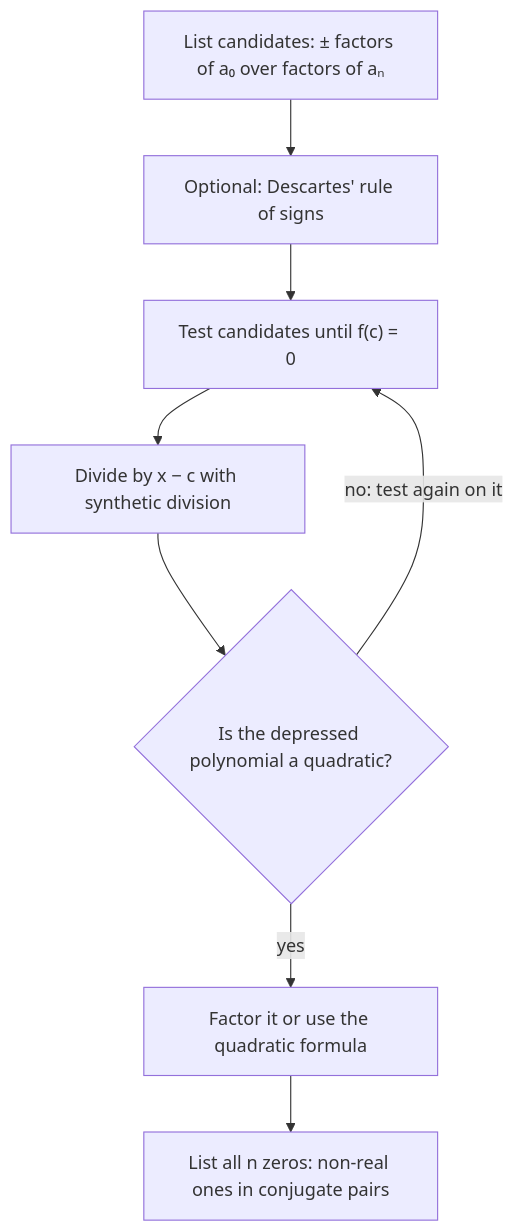
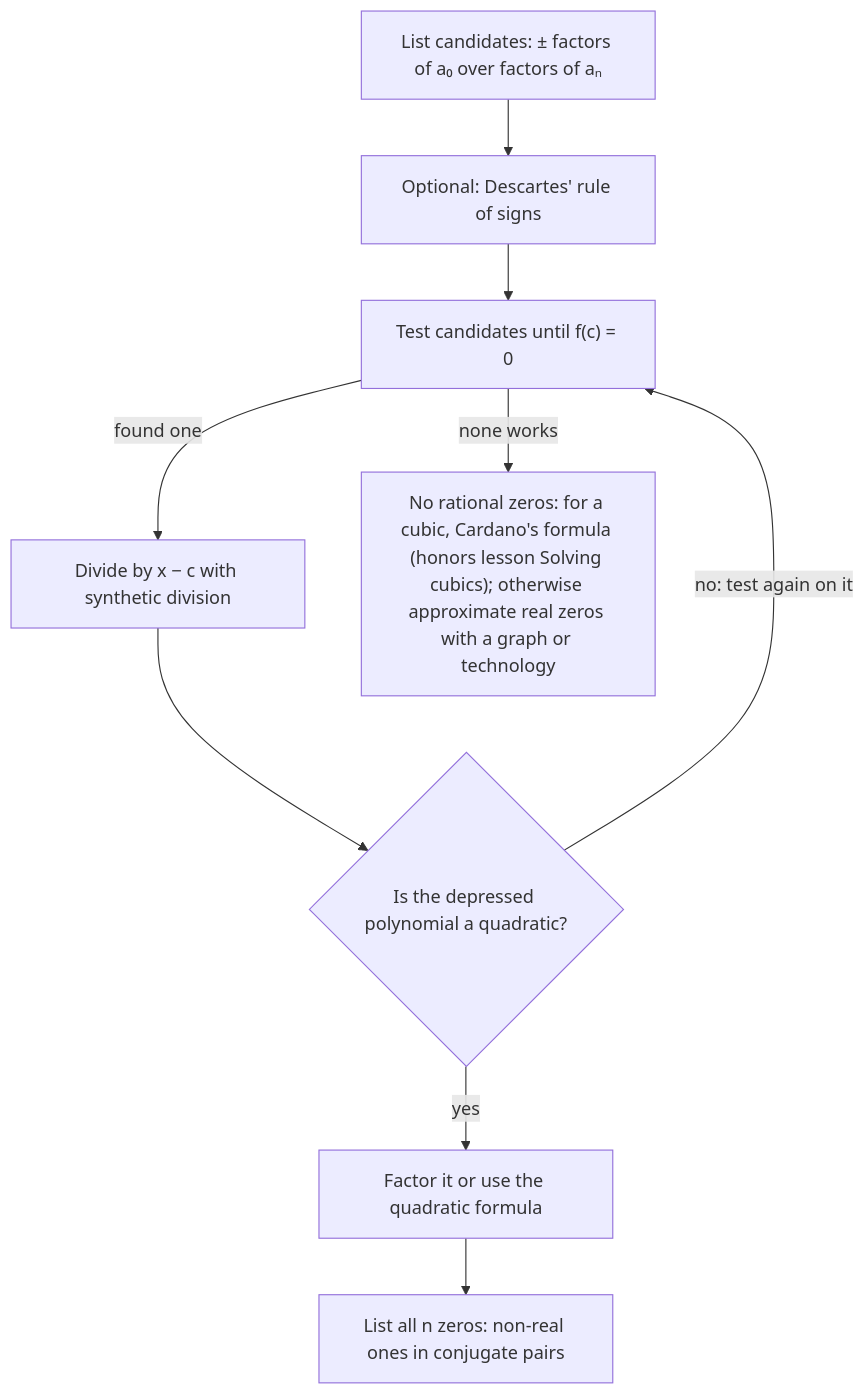
The diagram in content/math/precalculus/lessons/11-poly-zeros.md (Aziliz/erudior), drawn with Mermaid before and after one commit. The commit also changed 82 other files, not shown here.

First line of the commit message:
Prealgebra: honors lesson on scaling area and volume (pre-m8); merge fixes in progress

````diff
--- a/content/math/precalculus/lessons/11-poly-zeros.md
+++ b/content/math/precalculus/lessons/11-poly-zeros.md
@@ -93,12 +93,13 @@
 ```mermaid
 flowchart TD
   accTitle: A strategy for finding every zero of a polynomial
-  accDescr: List the rational candidates, plus or minus factors of the constant over factors of the leading coefficient. Optionally use Descartes' rule of signs to see how many positive and negative zeros are possible. Test candidates until f(c) = 0, then divide by x − c with synthetic division. If the depressed polynomial is not yet a quadratic, go back to testing candidates on it. Once it is a quadratic, factor it or use the quadratic formula. Finally list all n zeros; with real coefficients, non-real zeros come in conjugate pairs.
+  accDescr: List the rational candidates, plus or minus factors of the constant over factors of the leading coefficient. Optionally use Descartes' rule of signs to see how many positive and negative zeros are possible. Test candidates until f(c) = 0, then divide by x − c with synthetic division. If the depressed polynomial is not yet a quadratic, go back to testing candidates on it. Once it is a quadratic, factor it or use the quadratic formula. Finally list all n zeros; with real coefficients, non-real zeros come in conjugate pairs. If no candidate works, the polynomial has no rational zeros: for a cubic, use Cardano's formula from the honors lesson Solving cubics; otherwise approximate the real zeros from a graph or with technology.
   A["List candidates: ± factors of a₀ over factors of aₙ"] --> B["Optional: Descartes' rule of signs"]
   B --> C["Test candidates until f(c) = 0"]
-  C --> D["Divide by x − c with synthetic division"]
+  C -- "found one" --> D["Divide by x − c with synthetic division"]
+  C -- "none works" --> N["No rational zeros: for a cubic, Cardano's formula (honors lesson Solving cubics); otherwise approximate real zeros with a graph or technology"]
   D --> E{"Is the depressed polynomial a quadratic?"}
   E -- "no: test again on it" --> C
   E -- yes --> F["Factor it or use the quadratic formula"]
   F --> G["List all n zeros: non-real ones in conjugate pairs"]
 ```
````
